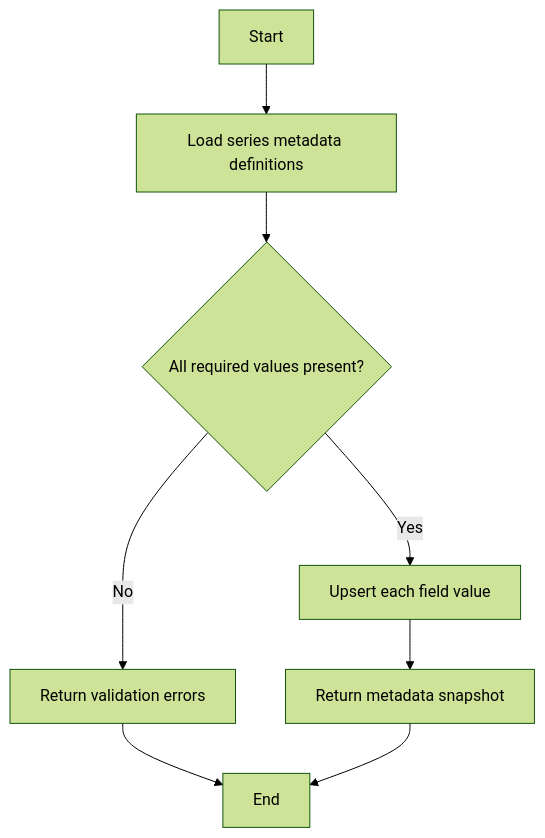
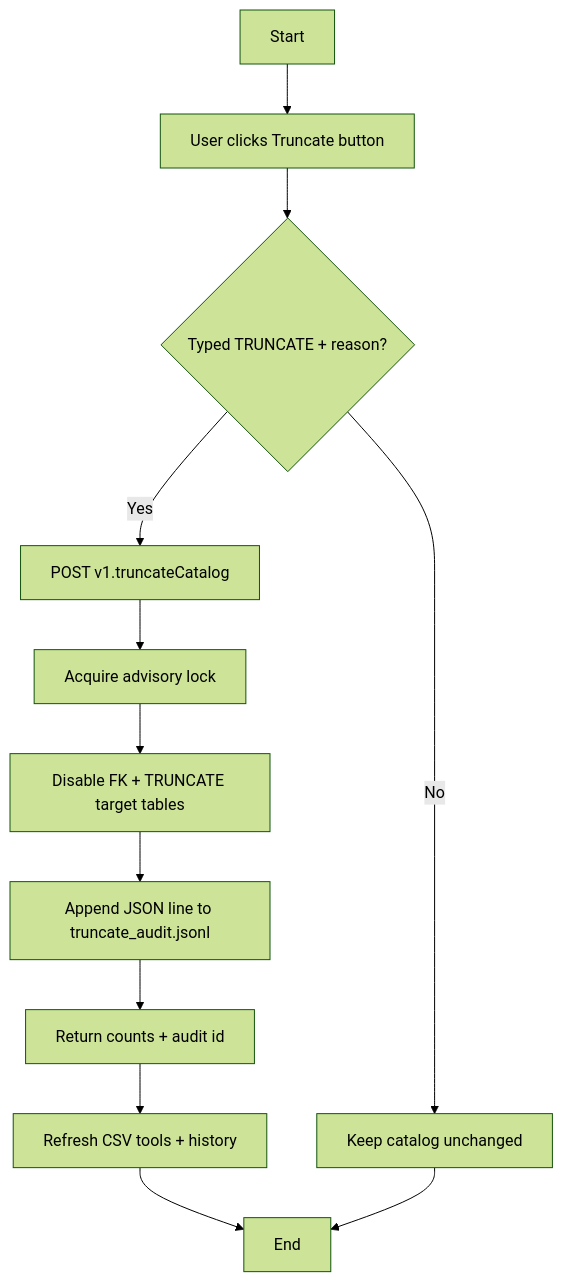
One commit to sinjie2008/Foundational-Electronics-Core-Systems changed the eighth of 9 diagrams in docs/spec.md. Above: the diagram before and after it, drawn with Mermaid (forest theme). The commit also changed other lines of this file and 10 other files, not shown here.

````diff
--- a/docs/spec.md
+++ b/docs/spec.md
@@ -430,10 +473,14 @@
 ```mermaid
 flowchart TD
-    Start --> LoadDefs[Load series metadata definitions]
-    LoadDefs --> Validate{All required values present?}
-    Validate -->|No| Error[Return validation errors]
-    Validate -->|Yes| Upsert[Upsert each field value]
-    Upsert --> Snapshot[Return metadata snapshot]
-    Error --> End
-    Snapshot --> End
+    Start --> Prompt[User clicks Truncate button]
+    Prompt --> Confirm{Typed TRUNCATE + reason?}
+    Confirm -->|No| Abort[Keep catalog unchanged]
+    Confirm -->|Yes| SendReq[POST v1.truncateCatalog]
+    SendReq --> Lock[Acquire advisory lock]
+    Lock --> Purge[Disable FK + TRUNCATE target tables]
+    Purge --> Audit[Append JSON line to truncate_audit.jsonl]
+    Audit --> Respond[Return counts + audit id]
+    Respond --> UIRefresh[Refresh CSV tools + history]
+    UIRefresh --> End
+    Abort --> End
 ```
````
